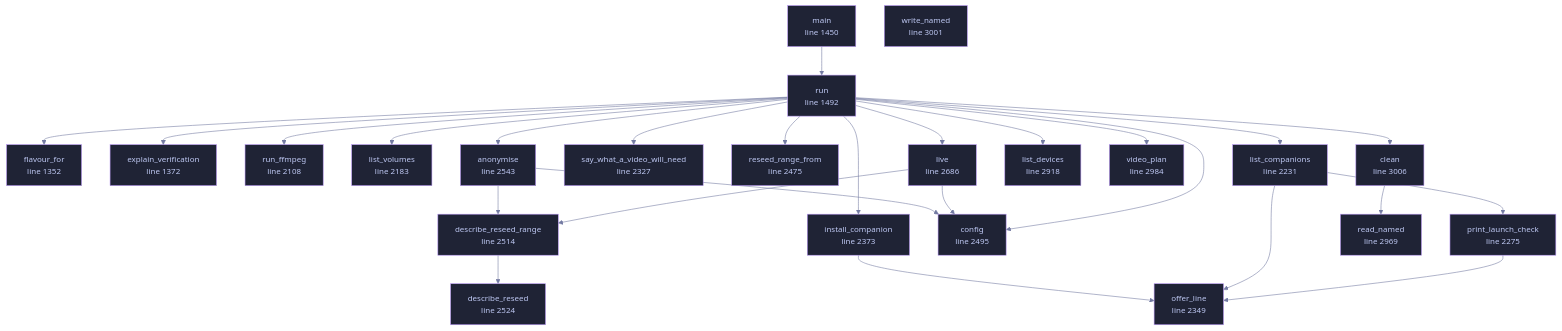
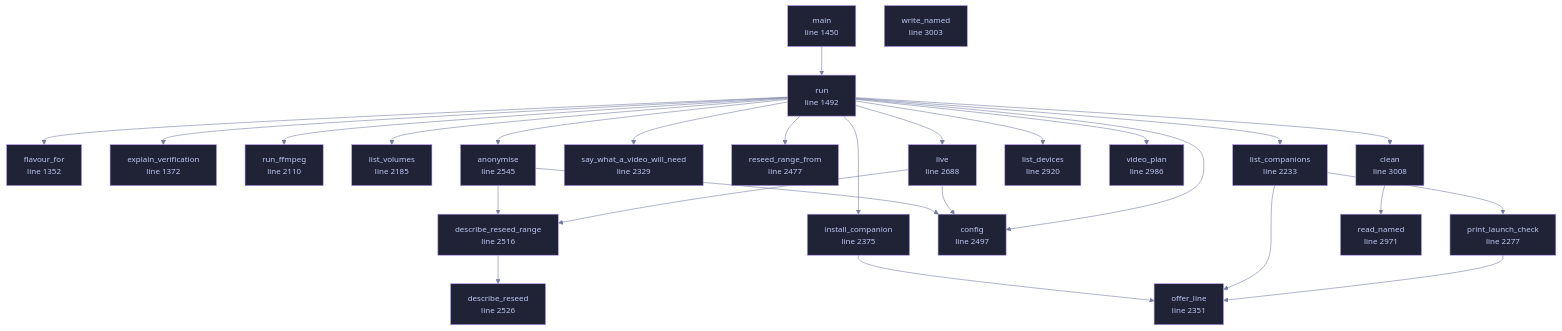
Before and after one commit to tilas01/veilvoice: the diagram in docs/files/veilvoice-cli/main.md, drawn with Mermaid. The commit also changed other lines of this file and 82 other files, not shown here.

````diff
--- a/docs/files/veilvoice-cli/main.md
+++ b/docs/files/veilvoice-cli/main.md
@@ -135,75 +135,75 @@
 ```mermaid
 %%{init: {"theme":"base","themeVariables":{"background":"#1a1b26","primaryColor":"#1f2335","primaryTextColor":"#c0caf5","primaryBorderColor":"#7aa2f7","secondaryColor":"#16161e","tertiaryColor":"#16161e","lineColor":"#737aa2","textColor":"#c0caf5","mainBkg":"#1f2335","nodeBorder":"#7aa2f7","clusterBkg":"#16161e","clusterBorder":"#2f3549","fontFamily":"ui-monospace, SFMono-Regular, Consolas, monospace","fontSize":"14px"}}}%%
 flowchart TD
     n_flavour_for["flavour_for<br/>line 1352"]
     n_explain_verification["explain_verification<br/>line 1372"]
     n_main["main<br/>line 1450"]
     n_run["run<br/>line 1492"]
-    n_run_ffmpeg["run_ffmpeg<br/>line 2108"]
-    n_list_volumes["list_volumes<br/>line 2183"]
-    n_list_companions["list_companions<br/>line 2231"]
-    n_print_launch_check["print_launch_check<br/>line 2275"]
-    n_say_what_a_video_will_need["say_what_a_video_will_need<br/>line 2327"]
-    n_offer_line["offer_line<br/>line 2349"]
-    n_install_companion["install_companion<br/>line 2373"]
-    n_reseed_range_from["reseed_range_from<br/>line 2475"]
-    n_config["config<br/>line 2495"]
-    n_describe_reseed_range["describe_reseed_range<br/>line 2514"]
-    n_describe_reseed["describe_reseed<br/>line 2524"]
-    n_anonymise["anonymise<br/>line 2543"]
-    n_live["live<br/>line 2686"]
-    n_list_devices["list_devices<br/>line 2918"]
-    n_read_named["read_named<br/>line 2969"]
-    n_video_plan["video_plan<br/>line 2984"]
-    n_write_named["write_named<br/>line 3001"]
-    n_clean["clean<br/>line 3006"]
+    n_run_ffmpeg["run_ffmpeg<br/>line 2110"]
+    n_list_volumes["list_volumes<br/>line 2185"]
+    n_list_companions["list_companions<br/>line 2233"]
+    n_print_launch_check["print_launch_check<br/>line 2277"]
+    n_say_what_a_video_will_need["say_what_a_video_will_need<br/>line 2329"]
+    n_offer_line["offer_line<br/>line 2351"]
+    n_install_companion["install_companion<br/>line 2375"]
+    n_reseed_range_from["reseed_range_from<br/>line 2477"]
+    n_config["config<br/>line 2497"]
+    n_describe_reseed_range["describe_reseed_range<br/>line 2516"]
+    n_describe_reseed["describe_reseed<br/>line 2526"]
+    n_anonymise["anonymise<br/>line 2545"]
+    n_live["live<br/>line 2688"]
+    n_list_devices["list_devices<br/>line 2920"]
+    n_read_named["read_named<br/>line 2971"]
+    n_video_plan["video_plan<br/>line 2986"]
+    n_write_named["write_named<br/>line 3003"]
+    n_clean["clean<br/>line 3008"]
     n_anonymise --> n_config
     n_anonymise --> n_describe_reseed_range
     n_clean --> n_read_named
     n_describe_reseed_range --> n_describe_reseed
     n_install_companion --> n_offer_line
     n_list_companions --> n_offer_line
     n_list_companions --> n_print_launch_check
     n_live --> n_config
     n_live --> n_describe_reseed_range
     n_main --> n_run
     n_print_launch_check --> n_offer_line
     n_run --> n_anonymise
     n_run --> n_clean
     n_run --> n_config
     n_run --> n_explain_verification
     n_run --> n_flavour_for
     n_run --> n_install_companion
     n_run --> n_list_companions
     n_run --> n_list_devices
     n_run --> n_list_volumes
     n_run --> n_live
     n_run --> n_reseed_range_from
     n_run --> n_run_ffmpeg
     n_run --> n_say_what_a_video_will_need
     n_run --> n_video_plan
     click n_flavour_for href "https://github.com/tilas01/veilvoice/blob/main/crates/veilvoice-cli/src/main.rs#L1352" "open the source"
     click n_explain_verification href "https://github.com/tilas01/veilvoice/blob/main/crates/veilvoice-cli/src/main.rs#L1372" "open the source"
     click n_main href "https://github.com/tilas01/veilvoice/blob/main/crates/veilvoice-cli/src/main.rs#L1450" "open the source"
     click n_run href "https://github.com/tilas01/veilvoice/blob/main/crates/veilvoice-cli/src/main.rs#L1492" "open the source"
-    click n_run_ffmpeg href "https://github.com/tilas01/veilvoice/blob/main/crates/veilvoice-cli/src/main.rs#L2108" "open the source"
-    click n_list_volumes href "https://github.com/tilas01/veilvoice/blob/main/crates/veilvoice-cli/src/main.rs#L2183" "open the source"
-    click n_list_companions href "https://github.com/tilas01/veilvoice/blob/main/crates/veilvoice-cli/src/main.rs#L2231" "open the source"
-    click n_print_launch_check href "https://github.com/tilas01/veilvoice/blob/main/crates/veilvoice-cli/src/main.rs#L2275" "open the source"
-    click n_say_what_a_video_will_need href "https://github.com/tilas01/veilvoice/blob/main/crates/veilvoice-cli/src/main.rs#L2327" "open the source"
-    click n_offer_line href "https://github.com/tilas01/veilvoice/blob/main/crates/veilvoice-cli/src/main.rs#L2349" "open the source"
-    click n_install_companion href "https://github.com/tilas01/veilvoice/blob/main/crates/veilvoice-cli/src/main.rs#L2373" "open the source"
-    click n_reseed_range_from href "https://github.com/tilas01/veilvoice/blob/main/crates/veilvoice-cli/src/main.rs#L2475" "open the source"
-    click n_config href "https://github.com/tilas01/veilvoice/blob/main/crates/veilvoice-cli/src/main.rs#L2495" "open the source"
-    click n_describe_reseed_range href "https://github.com/tilas01/veilvoice/blob/main/crates/veilvoice-cli/src/main.rs#L2514" "open the source"
-    click n_describe_reseed href "https://github.com/tilas01/veilvoice/blob/main/crates/veilvoice-cli/src/main.rs#L2524" "open the source"
-    click n_anonymise href "https://github.com/tilas01/veilvoice/blob/main/crates/veilvoice-cli/src/main.rs#L2543" "open the source"
-    click n_live href "https://github.com/tilas01/veilvoice/blob/main/crates/veilvoice-cli/src/main.rs#L2686" "open the source"
-    click n_list_devices href "https://github.com/tilas01/veilvoice/blob/main/crates/veilvoice-cli/src/main.rs#L2918" "open the source"
-    click n_read_named href "https://github.com/tilas01/veilvoice/blob/main/crates/veilvoice-cli/src/main.rs#L2969" "open the source"
-    click n_video_plan href "https://github.com/tilas01/veilvoice/blob/main/crates/veilvoice-cli/src/main.rs#L2984" "open the source"
-    click n_write_named href "https://github.com/tilas01/veilvoice/blob/main/crates/veilvoice-cli/src/main.rs#L3001" "open the source"
-    click n_clean href "https://github.com/tilas01/veilvoice/blob/main/crates/veilvoice-cli/src/main.rs#L3006" "open the source"
+    click n_run_ffmpeg href "https://github.com/tilas01/veilvoice/blob/main/crates/veilvoice-cli/src/main.rs#L2110" "open the source"
+    click n_list_volumes href "https://github.com/tilas01/veilvoice/blob/main/crates/veilvoice-cli/src/main.rs#L2185" "open the source"
+    click n_list_companions href "https://github.com/tilas01/veilvoice/blob/main/crates/veilvoice-cli/src/main.rs#L2233" "open the source"
+    click n_print_launch_check href "https://github.com/tilas01/veilvoice/blob/main/crates/veilvoice-cli/src/main.rs#L2277" "open the source"
+    click n_say_what_a_video_will_need href "https://github.com/tilas01/veilvoice/blob/main/crates/veilvoice-cli/src/main.rs#L2329" "open the source"
+    click n_offer_line href "https://github.com/tilas01/veilvoice/blob/main/crates/veilvoice-cli/src/main.rs#L2351" "open the source"
+    click n_install_companion href "https://github.com/tilas01/veilvoice/blob/main/crates/veilvoice-cli/src/main.rs#L2375" "open the source"
+    click n_reseed_range_from href "https://github.com/tilas01/veilvoice/blob/main/crates/veilvoice-cli/src/main.rs#L2477" "open the source"
+    click n_config href "https://github.com/tilas01/veilvoice/blob/main/crates/veilvoice-cli/src/main.rs#L2497" "open the source"
+    click n_describe_reseed_range href "https://github.com/tilas01/veilvoice/blob/main/crates/veilvoice-cli/src/main.rs#L2516" "open the source"
+    click n_describe_reseed href "https://github.com/tilas01/veilvoice/blob/main/crates/veilvoice-cli/src/main.rs#L2526" "open the source"
+    click n_anonymise href "https://github.com/tilas01/veilvoice/blob/main/crates/veilvoice-cli/src/main.rs#L2545" "open the source"
+    click n_live href "https://github.com/tilas01/veilvoice/blob/main/crates/veilvoice-cli/src/main.rs#L2688" "open the source"
+    click n_list_devices href "https://github.com/tilas01/veilvoice/blob/main/crates/veilvoice-cli/src/main.rs#L2920" "open the source"
+    click n_read_named href "https://github.com/tilas01/veilvoice/blob/main/crates/veilvoice-cli/src/main.rs#L2971" "open the source"
+    click n_video_plan href "https://github.com/tilas01/veilvoice/blob/main/crates/veilvoice-cli/src/main.rs#L2986" "open the source"
+    click n_write_named href "https://github.com/tilas01/veilvoice/blob/main/crates/veilvoice-cli/src/main.rs#L3003" "open the source"
+    click n_clean href "https://github.com/tilas01/veilvoice/blob/main/crates/veilvoice-cli/src/main.rs#L3008" "open the source"
     classDef helper fill:#1f2335,stroke:#bb9af7,color:#c0caf5
     class n_flavour_for,n_explain_verification,n_main,n_run,n_run_ffmpeg,n_list_volumes,n_list_companions,n_print_launch_check,n_say_what_a_video_will_need,n_offer_line,n_install_companion,n_reseed_range_from,n_config,n_describe_reseed_range,n_describe_reseed,n_anonymise,n_live,n_list_devices,n_read_named,n_video_plan,n_write_named,n_clean helper
 ```
````
